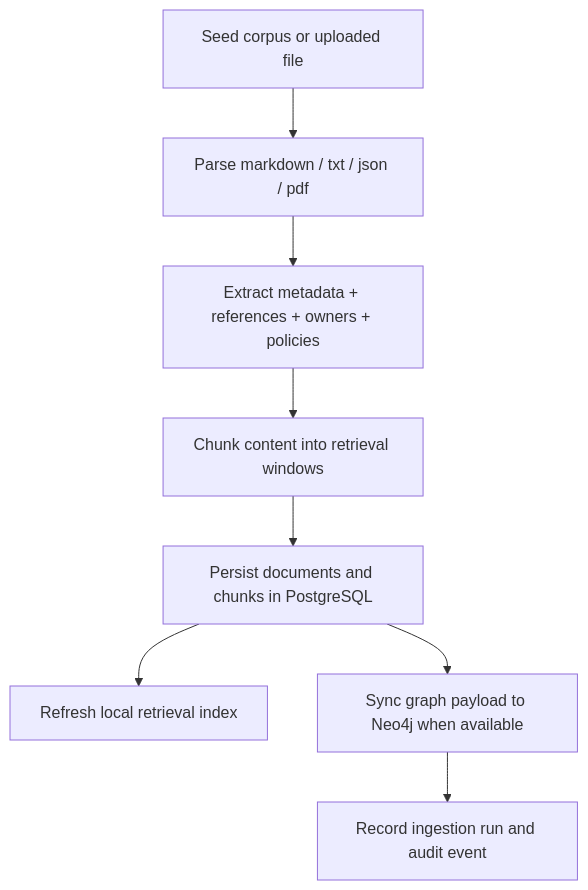
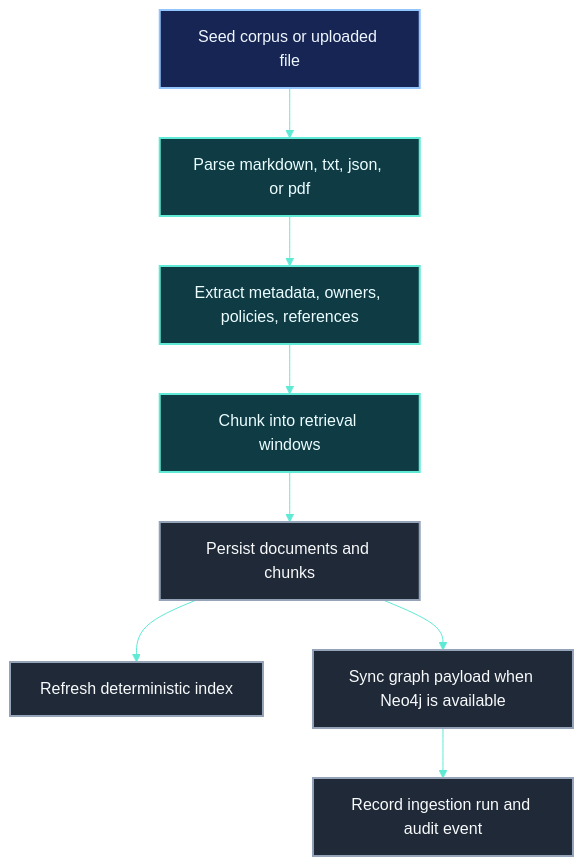
The third of 7 diagrams in README.md (PSR94/citadel), drawn with Mermaid before and after one commit. The commit also changed other lines of this file and 5 other files, not shown here.

Commit message:
Refresh README visuals and architecture diagrams

````diff
--- a/README.md
+++ b/README.md
@@ -112,10 +189,18 @@
 ```mermaid
+%%{init: {'theme':'base','themeVariables': {'background':'#06101a','primaryTextColor':'#d8e7f7','lineColor':'#5eead4','fontFamily':'Arial','fontSize':'16px'}}}%%
 flowchart TD
-  Source["Seed corpus or uploaded file"] --> Parse["Parse markdown / txt / json / pdf"]
-  Parse --> Meta["Extract metadata + references + owners + policies"]
-  Meta --> Chunk["Chunk content into retrieval windows"]
-  Chunk --> Persist["Persist documents and chunks in PostgreSQL"]
-  Persist --> Local["Refresh local retrieval index"]
-  Persist --> Graph["Sync graph payload to Neo4j when available"]
-  Graph --> Run["Record ingestion run and audit event"]
+  SRC["Seed corpus or uploaded file"] --> PARSE["Parse markdown, txt, json, or pdf"]
+  PARSE --> META["Extract metadata, owners, policies, references"]
+  META --> CHUNK["Chunk into retrieval windows"]
+  CHUNK --> PERSIST["Persist documents and chunks"]
+  PERSIST --> LOCAL["Refresh deterministic index"]
+  PERSIST --> GRAPH["Sync graph payload when Neo4j is available"]
+  GRAPH --> RUN["Record ingestion run and audit event"]
+
+  classDef source fill:#172554,stroke:#93c5fd,color:#eff6ff,stroke-width:2px;
+  classDef process fill:#0f3b45,stroke:#5eead4,color:#ecfeff,stroke-width:2px;
+  classDef store fill:#1f2937,stroke:#94a3b8,color:#f8fafc,stroke-width:2px;
+  class SRC source;
+  class PARSE,META,CHUNK process;
+  class PERSIST,LOCAL,GRAPH,RUN store;
 ```
````
